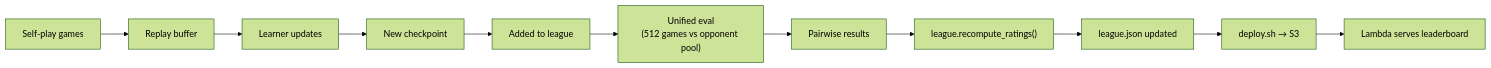
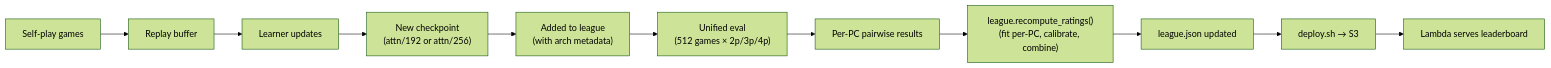
The fifth of 7 diagrams in ARCHITECTURE.md (MixMasterMitch/splendor-rl), drawn with Mermaid (forest theme) before and after one commit. The commit also changed other lines of this file and 44 other files, not shown here.

````diff
--- a/ARCHITECTURE.md
+++ b/ARCHITECTURE.md
@@ -448,13 +479,13 @@
 ```mermaid
 graph LR
     SP["Self-play games"] --> RB["Replay buffer"]
     RB --> LU["Learner updates"]
-    LU --> NC["New checkpoint"]
-    NC --> League["Added to league"]
-    League --> UE["Unified eval<br/>(512 games vs opponent pool)"]
-    UE --> PR["Pairwise results"]
-    PR --> RR["league.recompute_ratings()"]
+    LU --> NC["New checkpoint<br/>(attn/192 or attn/256)"]
+    NC --> League["Added to league<br/>(with arch metadata)"]
+    League --> UE["Unified eval<br/>(512 games × 2p/3p/4p)"]
+    UE --> PR["Per-PC pairwise results"]
+    PR --> RR["league.recompute_ratings()<br/>(fit per-PC, calibrate, combine)"]
     RR --> LJ["league.json updated"]
     LJ --> Deploy["deploy.sh → S3"]
     Deploy --> Lambda["Lambda serves leaderboard"]
 ```
````
